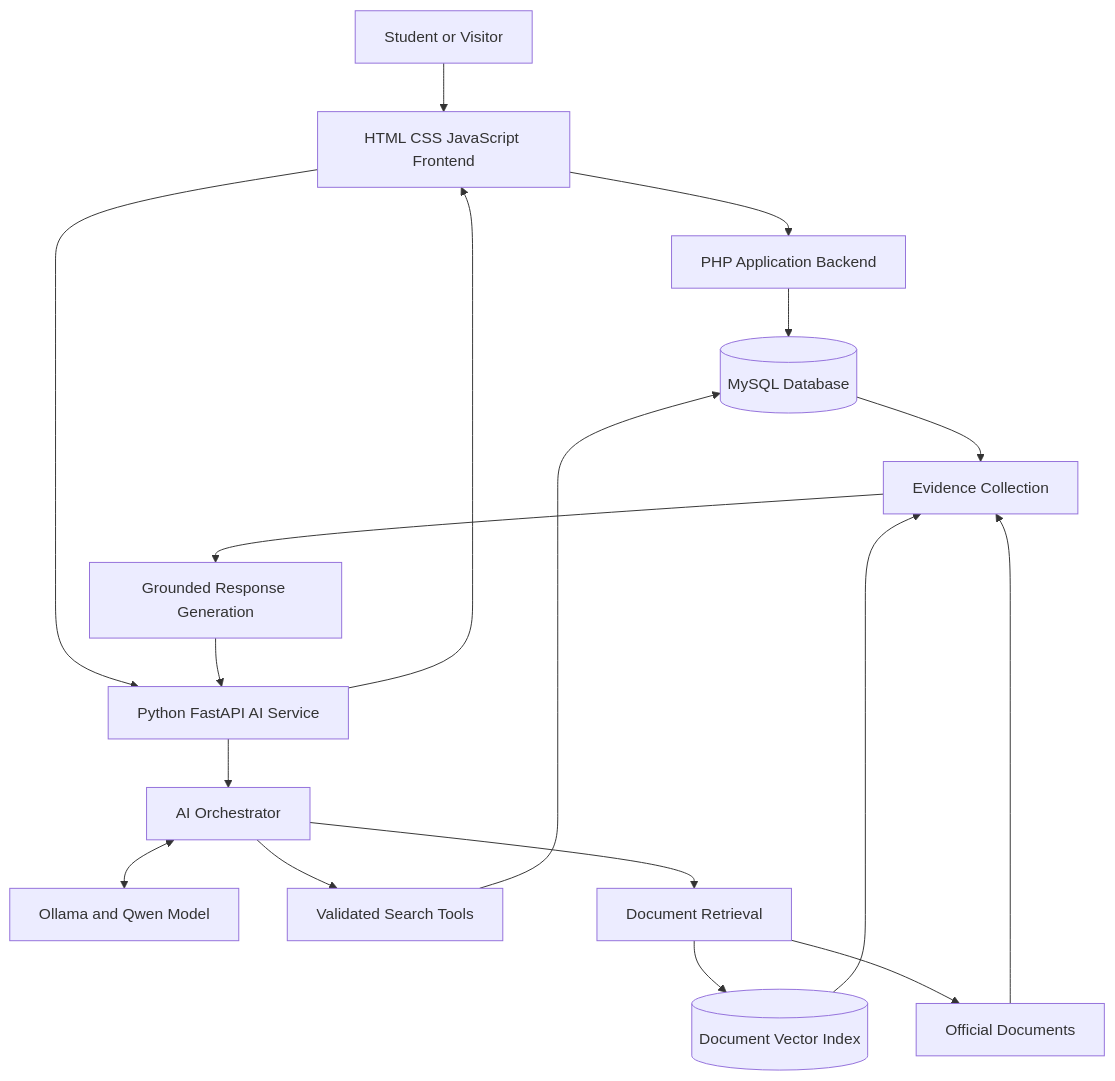
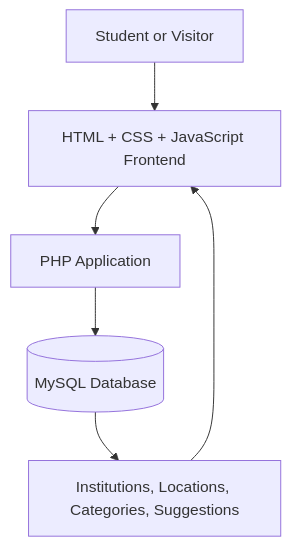
The diagram in docs/architecture.md (EDU-sector/edu-center-), drawn with Mermaid before and after one commit. The commit also changed other lines of this file and 1 other file, not shown here.

Commit message:
Update the architecture and project documentation to match the actual PHP + MySQL + DOM implementation and remove the AI-related direction.

````diff
--- a/docs/architecture.md
+++ b/docs/architecture.md
@@ -95,29 +86,11 @@
 ```mermaid
 flowchart TD
     USER[Student or Visitor]
 
-    USER --> FRONTEND[HTML CSS JavaScript Frontend]
+    USER --> FRONTEND[HTML + CSS + JavaScript Frontend]
+    FRONTEND --> PHP[PHP Application]
+    PHP --> DB[(MySQL Database)]
 
-    FRONTEND --> PHP[PHP Application Backend]
-    FRONTEND --> AI[Python FastAPI AI Service]
-
-    PHP --> DB[(MySQL Database)]
-    AI --> ORCH[AI Orchestrator]
-
-    ORCH <--> LLM[Ollama and Qwen Model]
-    ORCH --> TOOLS[Validated Search Tools]
-
-    TOOLS --> DB
-    ORCH --> RETRIEVAL[Document Retrieval]
-
-    RETRIEVAL --> INDEX[(Document Vector Index)]
-    RETRIEVAL --> SOURCES[Official Documents]
-
-    DB --> EVIDENCE[Evidence Collection]
-    INDEX --> EVIDENCE
-    SOURCES --> EVIDENCE
-
-    EVIDENCE --> RESPONSE[Grounded Response Generation]
-    RESPONSE --> AI
-    AI --> FRONTEND
+    DB --> DATA[Institutions, Locations, Categories, Suggestions]
+    DATA --> FRONTEND
 ```
````
